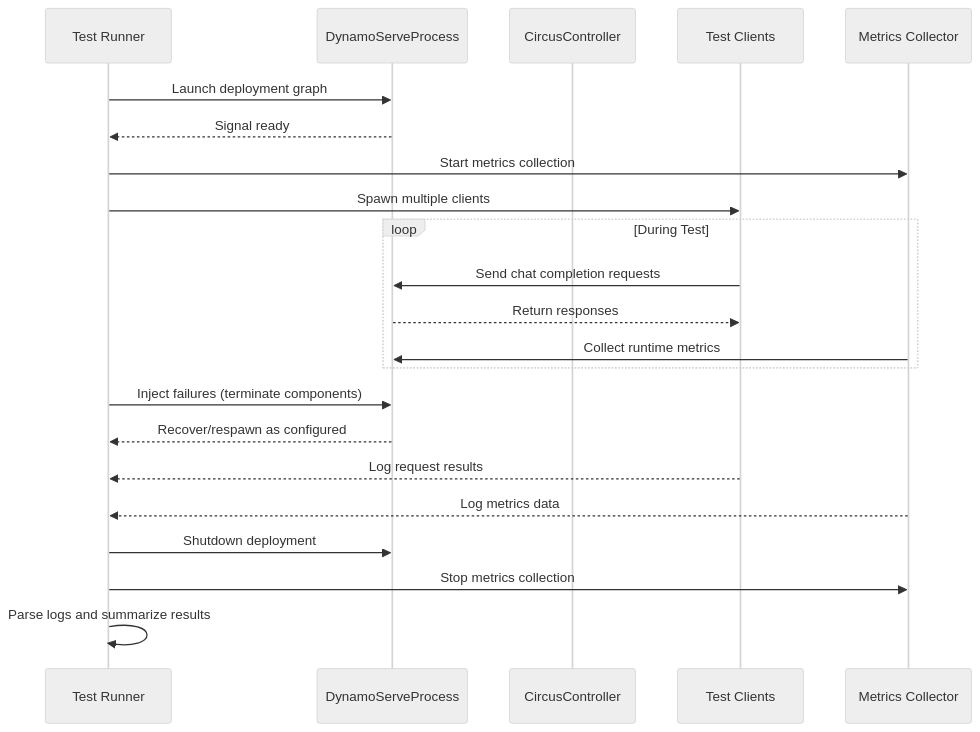
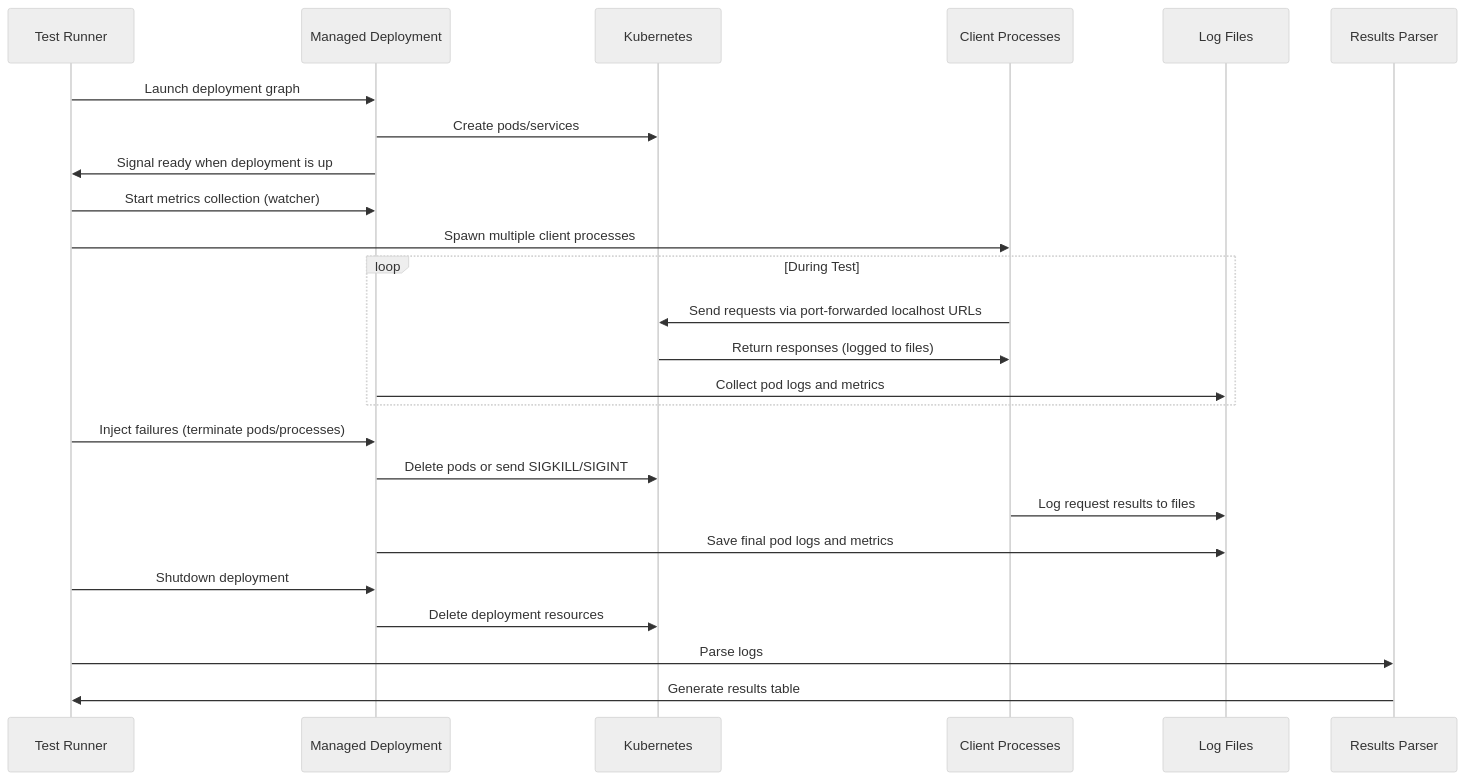
The first of 6 diagrams in tests/fault_tolerance/deploy/README.md (vickiegpt/dynamo), drawn with Mermaid (neutral theme) before and after one commit. The commit also changed other lines of this file and 5 other files, not shown here.

````diff
--- a/tests/fault_tolerance/deploy/README.md
+++ b/tests/fault_tolerance/deploy/README.md
@@ -47,25 +43,28 @@
 ```mermaid
 sequenceDiagram
     participant Tester as Test Runner
-    participant Dynamo as DynamoServeProcess
-    participant Circus as CircusController
-    participant Client as Test Clients
-    participant Metrics as Metrics Collector
+    participant ManagedDeployment as Managed Deployment
+    participant Kubernetes as Kubernetes
+    participant Clients as Client Processes
+    participant Logs as Log Files
+    participant Parser as Results Parser
 
-    Tester->>Dynamo: Launch deployment graph
-    Dynamo-->>Tester: Signal ready
-    Tester->>Metrics: Start metrics collection
-    Tester->>Client: Spawn multiple clients
+    Tester->>ManagedDeployment: Launch deployment graph
+    ManagedDeployment->>Kubernetes: Create pods/services
+    ManagedDeployment->>Tester: Signal ready when deployment is up
+    Tester->>ManagedDeployment: Start metrics collection (watcher)
+    Tester->>Clients: Spawn multiple client processes
     loop During Test
-        Client->>Dynamo: Send chat completion requests
-        Dynamo-->>Client: Return responses
-        Metrics->>Dynamo: Collect runtime metrics
+        Clients->>Kubernetes: Send requests via port-forwarded localhost URLs
+        Kubernetes->>Clients: Return responses (logged to files)
+        ManagedDeployment->>Logs: Collect pod logs and metrics
     end
-    Tester->>Dynamo: Inject failures (terminate components)
-    Dynamo-->>Tester: Recover/respawn as configured
-    Client-->>Tester: Log request results
-    Metrics-->>Tester: Log metrics data
-    Tester->>Dynamo: Shutdown deployment
-    Tester->>Metrics: Stop metrics collection
-    Tester->>Tester: Parse logs and summarize results
+    Tester->>ManagedDeployment: Inject failures (terminate pods/processes)
+    ManagedDeployment->>Kubernetes: Delete pods or send SIGKILL/SIGINT
+    Clients->>Logs: Log request results to files
+    ManagedDeployment->>Logs: Save final pod logs and metrics
+    Tester->>ManagedDeployment: Shutdown deployment
+    ManagedDeployment->>Kubernetes: Delete deployment resources
+    Tester->>Parser: Parse logs
+    Parser->>Tester: Generate results table
 ```
````
